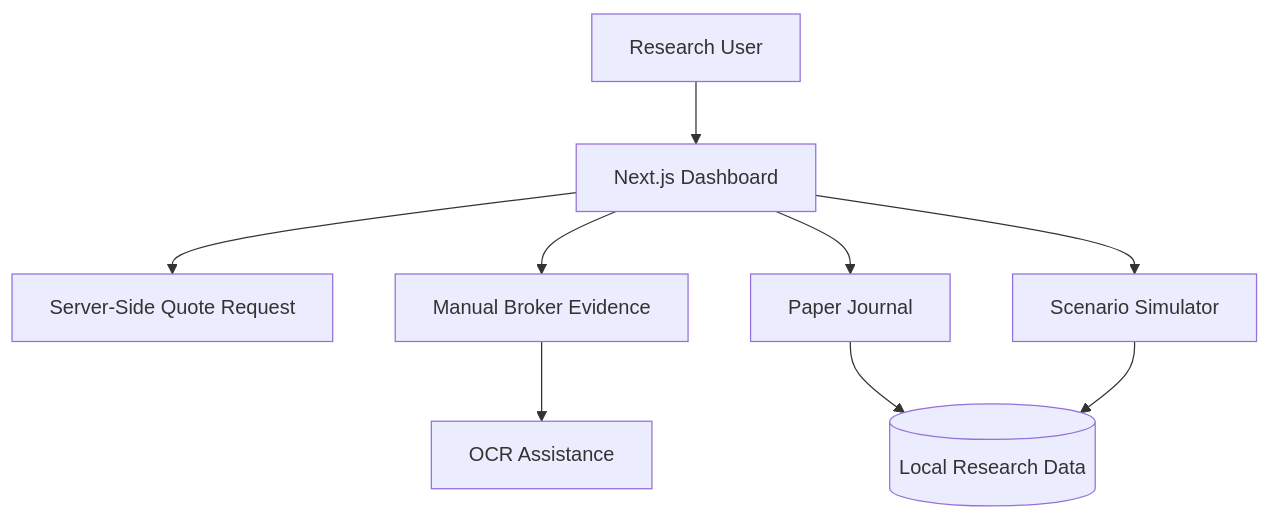
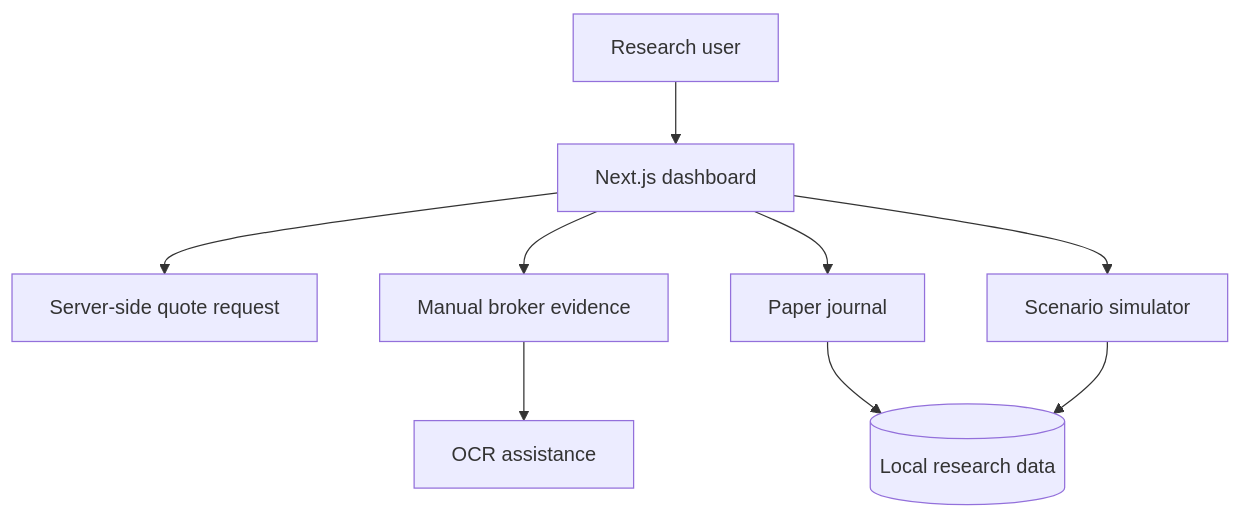
One commit to gokselkacar/selected-products changed the diagram in products/options-master.md. Above: the diagram before and after it, drawn with Mermaid. The commit also changed other lines of this file and 61 other files, not shown here.

````diff
--- a/products/options-master.md
+++ b/products/options-master.md
@@ -81,11 +38,11 @@
 ```mermaid
 flowchart TD
-    U[Research User] --> D[Next.js Dashboard]
-    D --> Q[Server-Side Quote Request]
-    D --> E[Manual Broker Evidence]
-    E --> O[OCR Assistance]
-    D --> S[Scenario Simulator]
-    D --> J[Paper Journal]
-    J --> L[(Local Research Data)]
+    U[Research user] --> D[Next.js dashboard]
+    D --> Q[Server-side quote request]
+    D --> E[Manual broker evidence]
+    E --> O[OCR assistance]
+    D --> S[Scenario simulator]
+    D --> J[Paper journal]
+    J --> L[(Local research data)]
     S --> L
 ```
````
